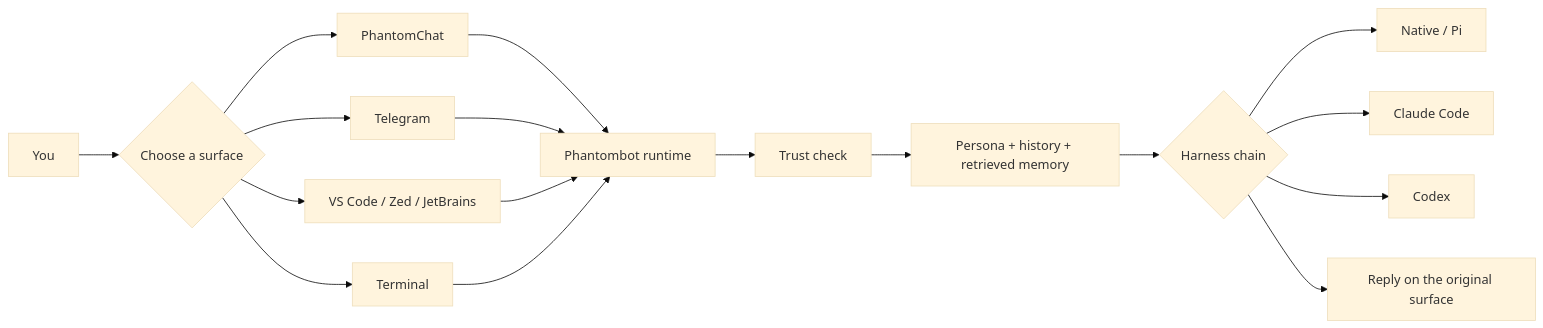
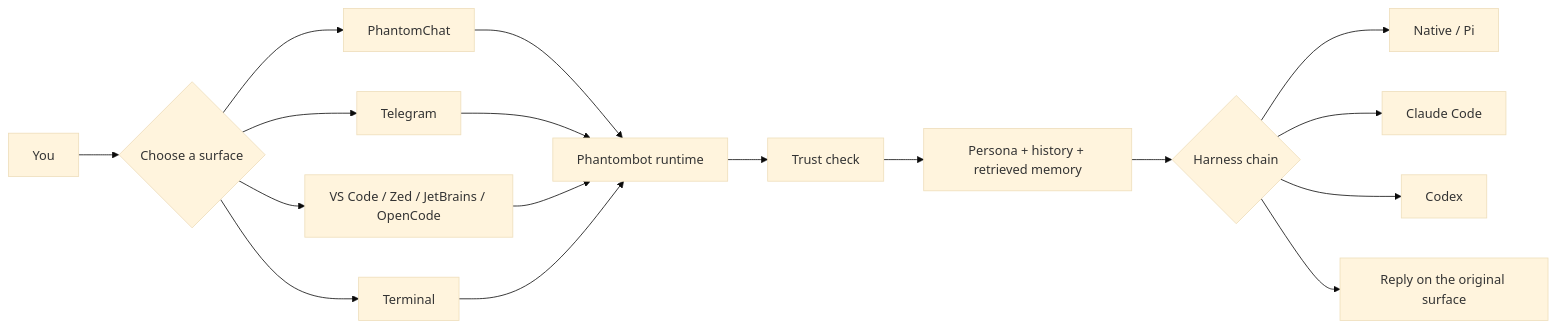
One commit to phantomyard/phantombot changed the first of 3 diagrams in README.md. Above: the diagram before and after it, drawn with Mermaid (base theme). The commit also changed other lines of this file and 43 other files, not shown here.

First line of the commit message:
docs(cli): group `--help`, cap descriptions at 20 words, document OpenCode as a trusted client (#712)

````diff
--- a/README.md
+++ b/README.md
@@ -28,21 +28,21 @@
 ```mermaid
 flowchart LR
     You[You] --> Surface{Choose a surface}
     Surface --> PC[PhantomChat]
     Surface --> TG[Telegram]
-    Surface --> Editor[VS Code / Zed / JetBrains]
+    Surface --> Editor[VS Code / Zed / JetBrains / OpenCode]
     Surface --> CLI[Terminal]
 
     PC --> Runtime[Phantombot runtime]
     TG --> Runtime
     Editor --> Runtime
     CLI --> Runtime
 
     Runtime --> Trust[Trust check]
     Trust --> Context[Persona + history + retrieved memory]
     Context --> Brain{Harness chain}
     Brain --> Native[Native / Pi]
     Brain --> Claude[Claude Code]
     Brain --> Codex[Codex]
     Brain --> Reply[Reply on the original surface]
 ```
````
